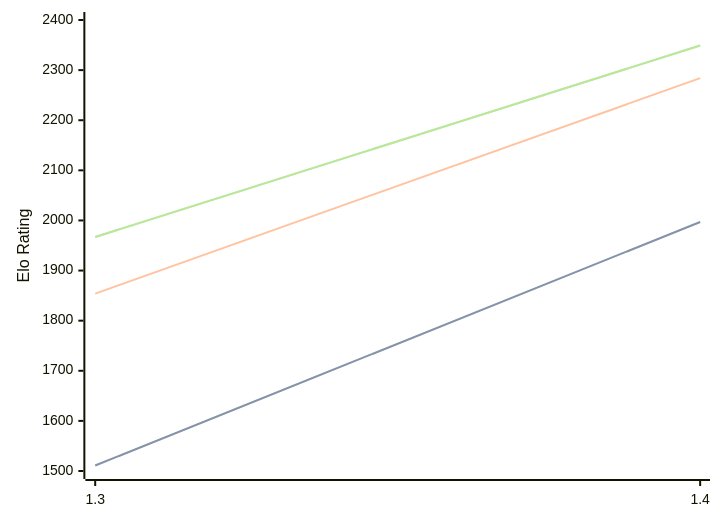
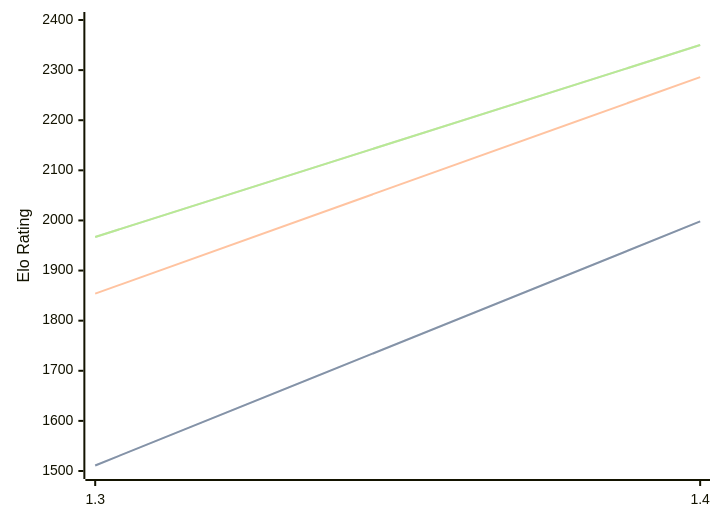
The diagram in engines/Facon.md (computer-chess-index/cci), drawn with Mermaid before and after one commit. The commit also changed other lines of this file, not shown here.

Commit message:
Update CCI Ratings (ELO VLTC) - 2026-05-22

````diff
--- a/engines/Facon.md
+++ b/engines/Facon.md
@@ -35,11 +35,11 @@
 ```mermaid
 %%{init: {"theme":"base","themeVariables":{"seriesColors:['#a3a3a3','#222221','#faa371']}}}%%
 xychart-beta
   x-axis ["1.3", "1.4"]
   y-axis "Elo Rating" 1500 --> 2400
-  line "STC (8.0+0.08s)" [1511, 1997]
-  line "STC (8.0+0.08s)" [1511, 1997]
-  line "LTC (60.0+0.60s)" [1854, 2284]
-  line "VLTC (2m24s+1.12s)" [1967, 2349]
-  line "VLTC (2m24s+1.12s)" [1967, 2349]
+  line "STC (8.0+0.08s)" [1511, 1998]
+  line "STC (8.0+0.08s)" [1511, 1998]
+  line "LTC (60.0+0.60s)" [1854, 2286]
+  line "VLTC (2m24s+1.12s)" [1967, 2350]
+  line "VLTC (2m24s+1.12s)" [1967, 2350]
 ```
````
